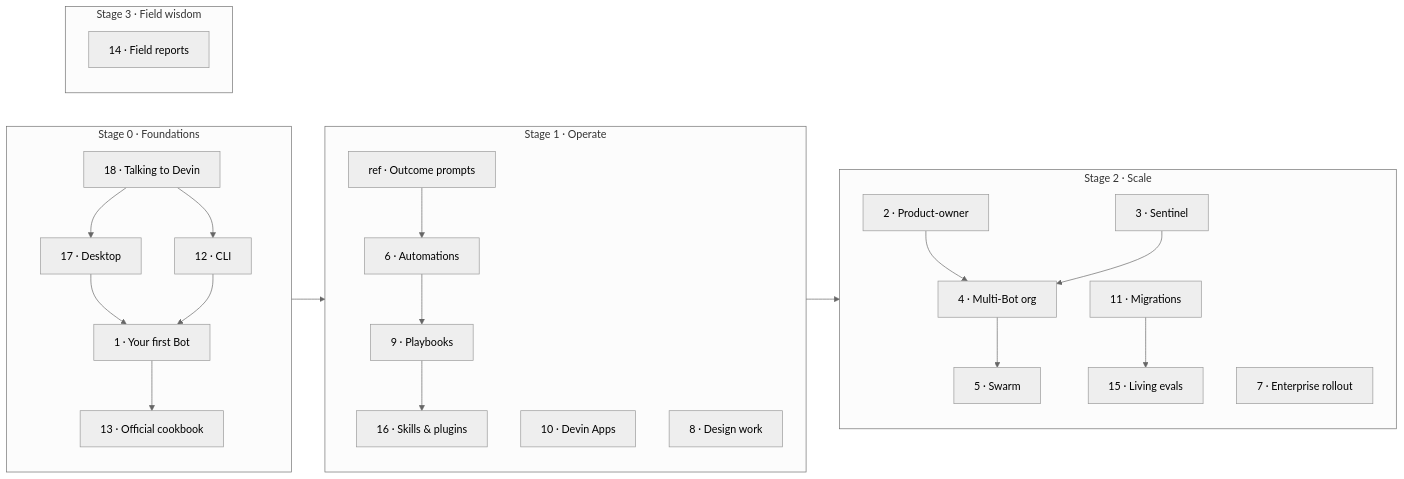
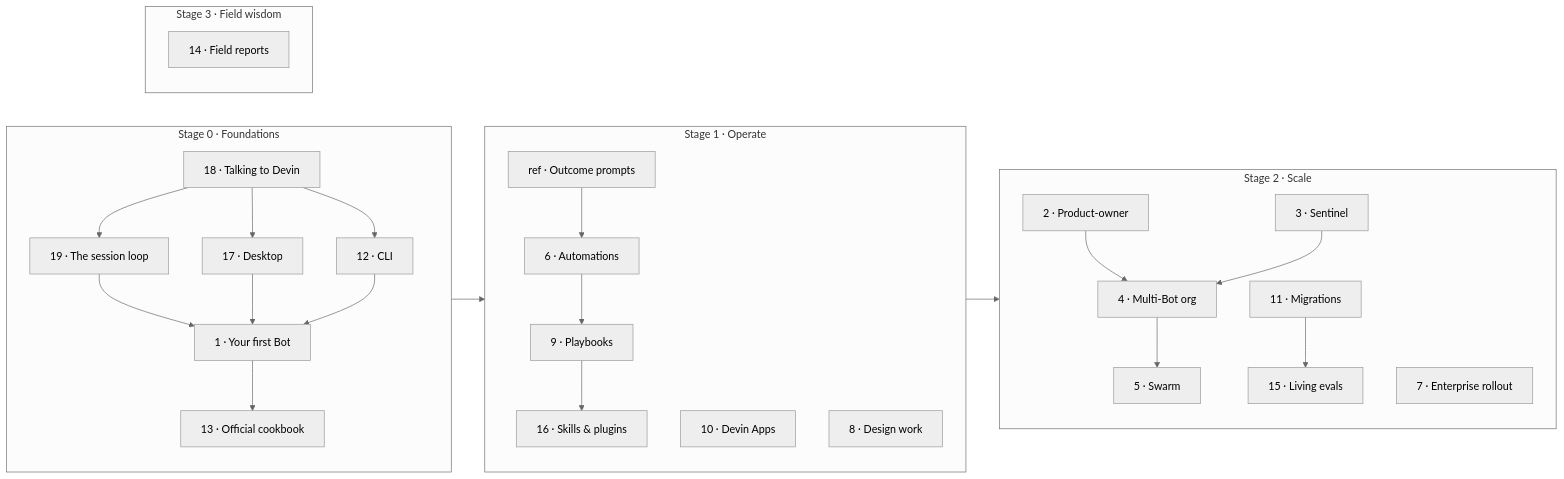
The diagram in README.md (Till3005/build-with-devin), drawn with Mermaid (neutral theme) before and after one commit. The commit also changed other lines of this file and 7 other files, not shown here.

````diff
--- a/README.md
+++ b/README.md
@@ -35,28 +35,30 @@
 ```mermaid
 flowchart LR
     subgraph S0["Stage 0 · Foundations"]
       G18["18 · Talking to Devin"] --> G17["17 · Desktop"]
       G18 --> G12["12 · CLI"]
+      G18 --> G19["19 · The session loop"]
+      G19 --> G1
       G17 --> G1["1 · Your first Bot"]
       G12 --> G1
       G1 --> G13["13 · Official cookbook"]
     end
     subgraph S1["Stage 1 · Operate"]
       GP["ref · Outcome prompts"] --> G6["6 · Automations"]
       G6 --> G9["9 · Playbooks"]
       G9 --> G16["16 · Skills & plugins"]
       G10["10 · Devin Apps"]
       G8["8 · Design work"]
     end
     subgraph S2["Stage 2 · Scale"]
       G2["2 · Product-owner"] --> G4["4 · Multi-Bot org"]
       G3["3 · Sentinel"] --> G4
       G4 --> G5["5 · Swarm"]
       G11["11 · Migrations"] --> G15["15 · Living evals"]
       G7["7 · Enterprise rollout"]
     end
     subgraph S3["Stage 3 · Field wisdom"]
       G14["14 · Field reports"]
     end
     S0 --> S1 --> S2
 ```
````
